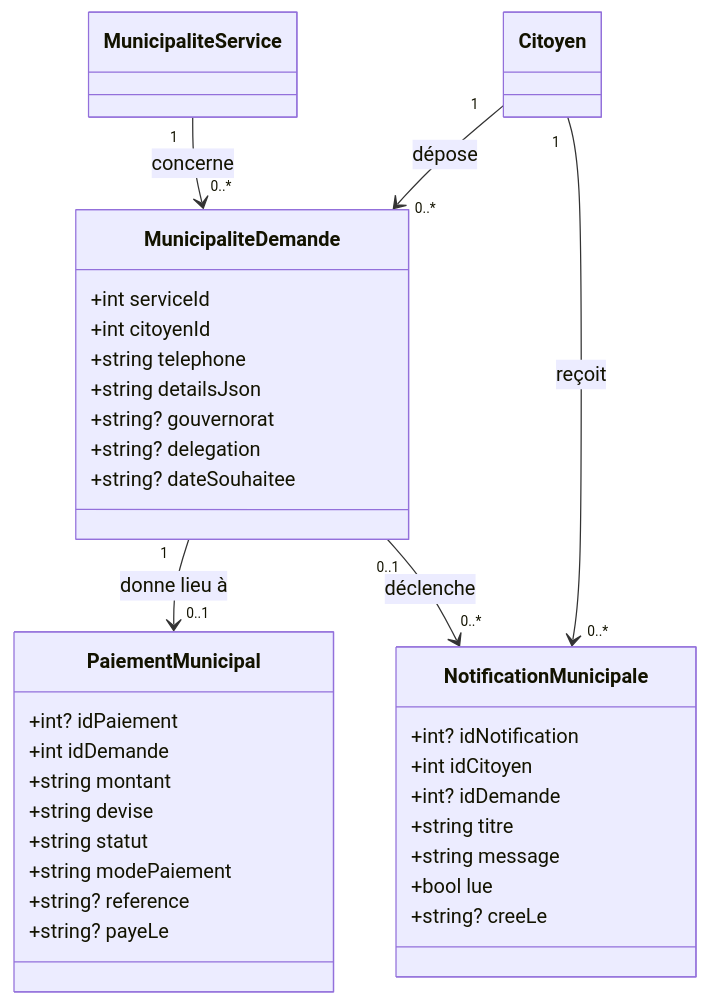
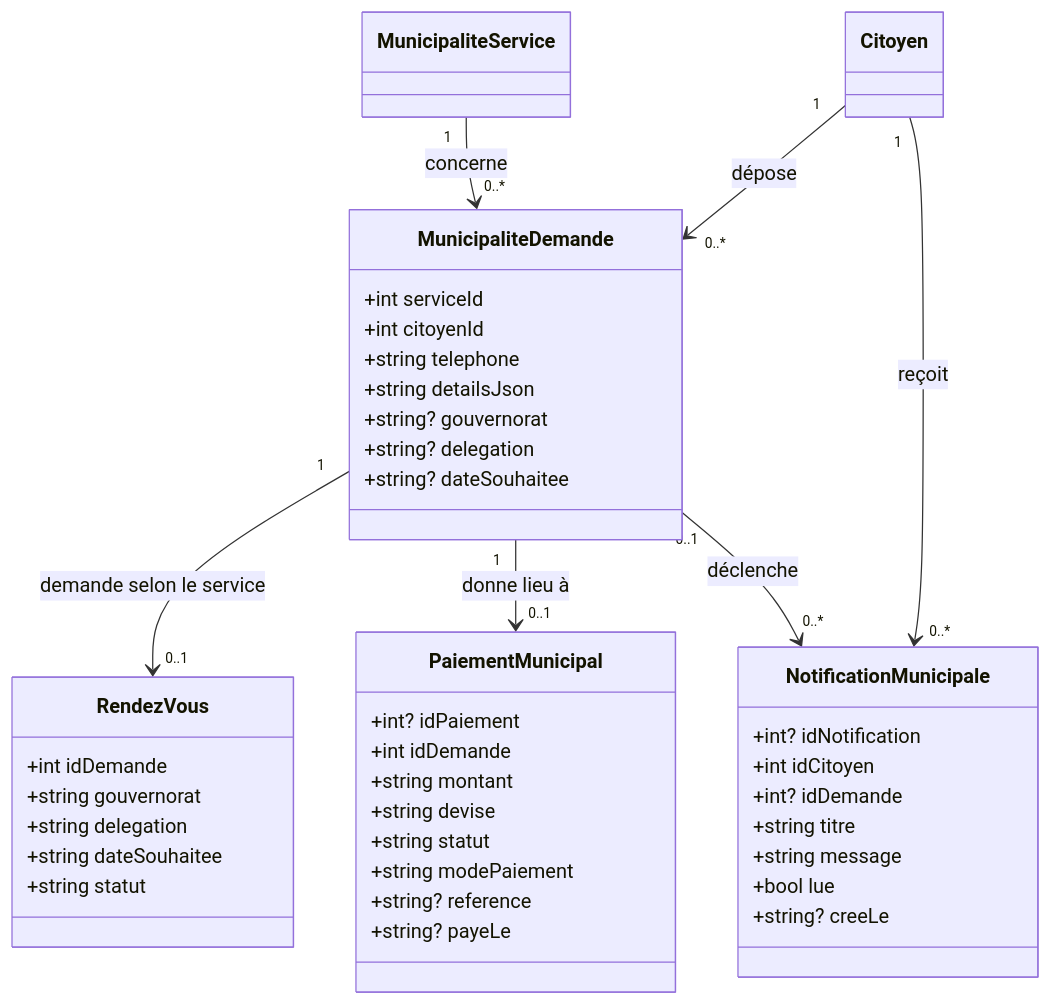
One commit to darineghodhbani/Esprit-PW-2A6-2026-ETounsi changed the diagram in docs/entites-municipalite.md. Above: the diagram before and after it, drawn with Mermaid. The commit also changed other lines of this file and 3 other files, not shown here.

````diff
--- a/docs/entites-municipalite.md
+++ b/docs/entites-municipalite.md
@@ -5,38 +5,46 @@
 ```mermaid
 classDiagram
   class Citoyen
   class MunicipaliteService
   class MunicipaliteDemande {
     +int serviceId
     +int citoyenId
     +string telephone
     +string detailsJson
     +string? gouvernorat
     +string? delegation
     +string? dateSouhaitee
+  }
+  class RendezVous {
+    +int idDemande
+    +string gouvernorat
+    +string delegation
+    +string dateSouhaitee
+    +string statut
   }
   class PaiementMunicipal {
     +int? idPaiement
     +int idDemande
     +string montant
     +string devise
     +string statut
     +string modePaiement
     +string? reference
     +string? payeLe
   }
   class NotificationMunicipale {
     +int? idNotification
     +int idCitoyen
     +int? idDemande
     +string titre
     +string message
     +bool lue
     +string? creeLe
   }
   Citoyen "1" --> "0..*" MunicipaliteDemande : dépose
   MunicipaliteService "1" --> "0..*" MunicipaliteDemande : concerne
+  MunicipaliteDemande "1" --> "0..1" RendezVous : demande selon le service
   MunicipaliteDemande "1" --> "0..1" PaiementMunicipal : donne lieu à
   Citoyen "1" --> "0..*" NotificationMunicipale : reçoit
   MunicipaliteDemande "0..1" --> "0..*" NotificationMunicipale : déclenche
 ```
````
